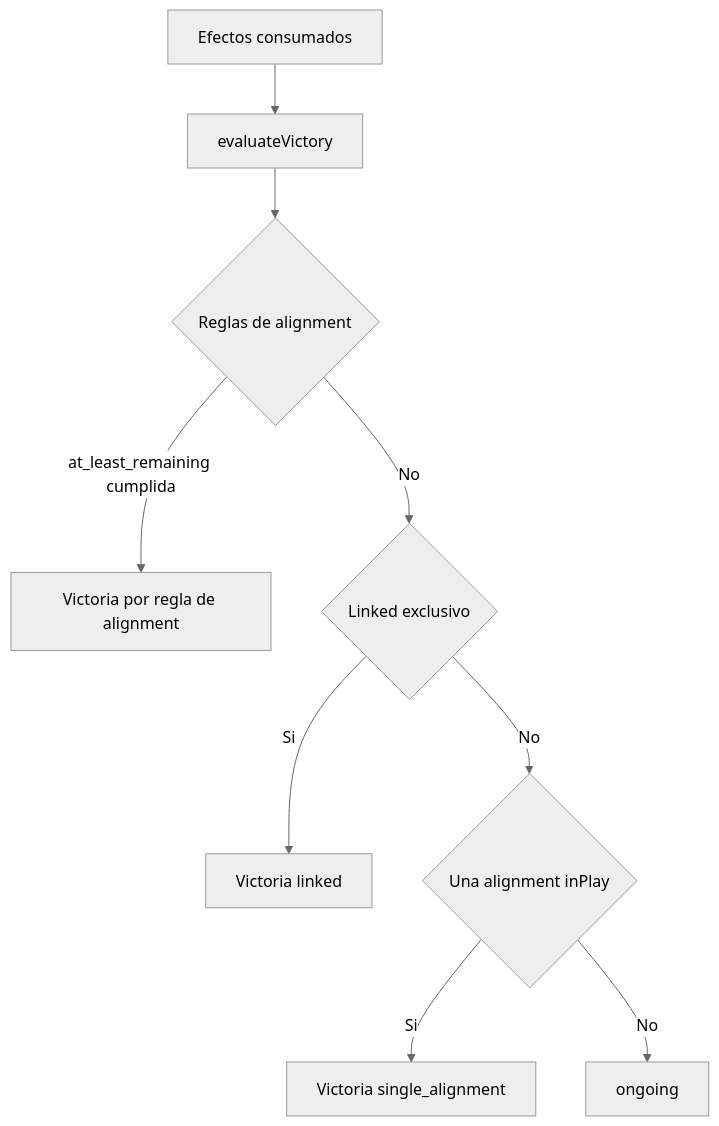
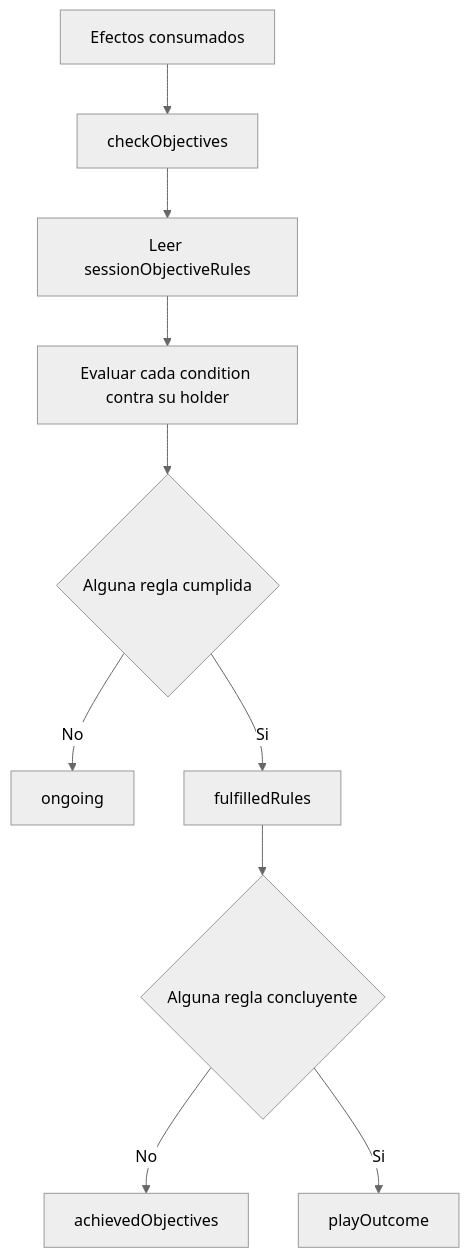
Diagram 11 of 14 in docs/engine_flow_map.md (juanramonmorandeira/castronegro-director), drawn with Mermaid (neutral theme) before and after one commit. The commit also changed other lines of this file and 28 other files, not shown here.

````diff
--- a/docs/engine_flow_map.md
+++ b/docs/engine_flow_map.md
@@ -468,11 +499,12 @@
 ```mermaid
 graph TD
-  A[Efectos consumados] --> B[evaluateVictory]
-  B --> C{Reglas de alignment}
-  C -->|at_least_remaining cumplida| D[Victoria por regla de alignment]
-  C -->|No| E{Linked exclusivo}
-  E -->|Si| F[Victoria linked]
-  E -->|No| G{Una alignment inPlay}
-  G -->|Si| H[Victoria single_alignment]
-  G -->|No| I[ongoing]
+  A[Efectos consumados] --> B[checkObjectives]
+  B --> C[Leer sessionObjectiveRules]
+  C --> D[Evaluar cada condition contra su holder]
+  D --> E{Alguna regla cumplida}
+  E -->|No| F[ongoing]
+  E -->|Si| G[fulfilledRules]
+  G --> H{Alguna regla concluyente}
+  H -->|No| I[achievedObjectives]
+  H -->|Si| J[playOutcome]
 ```
````
